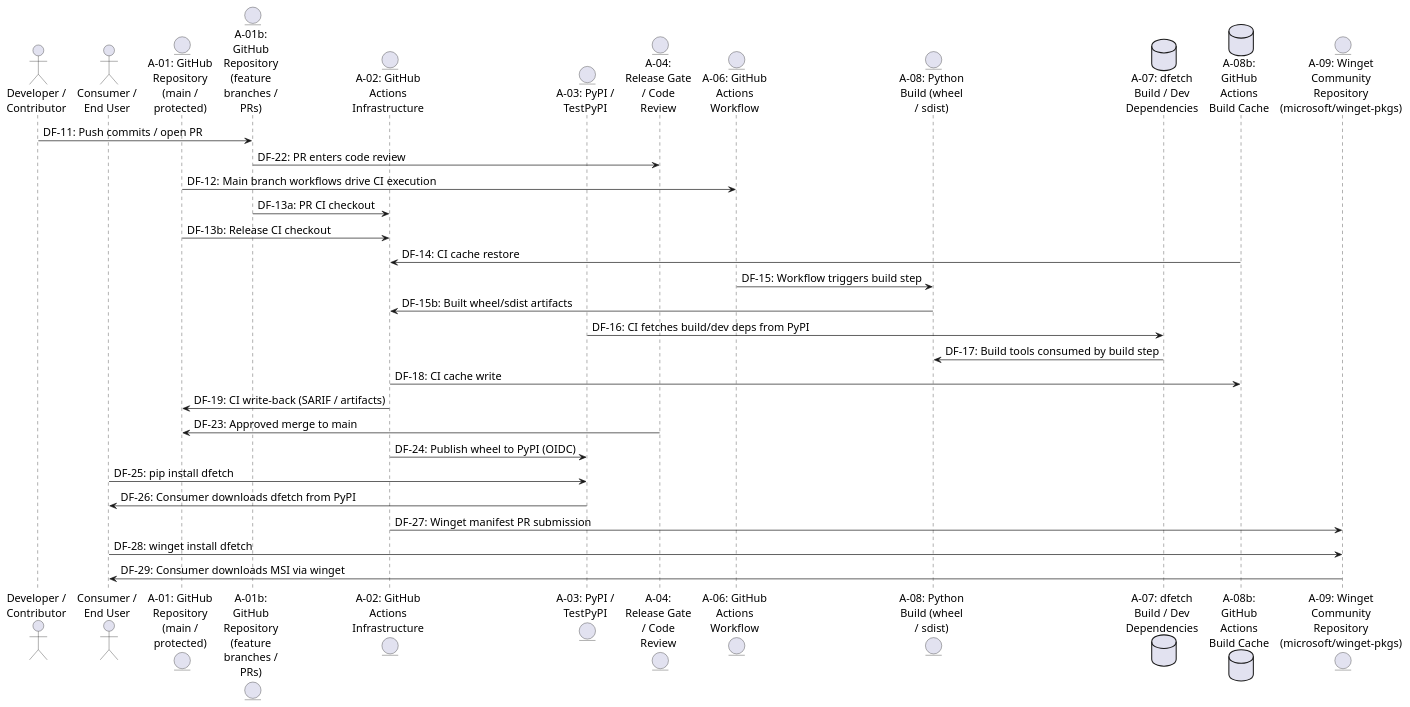
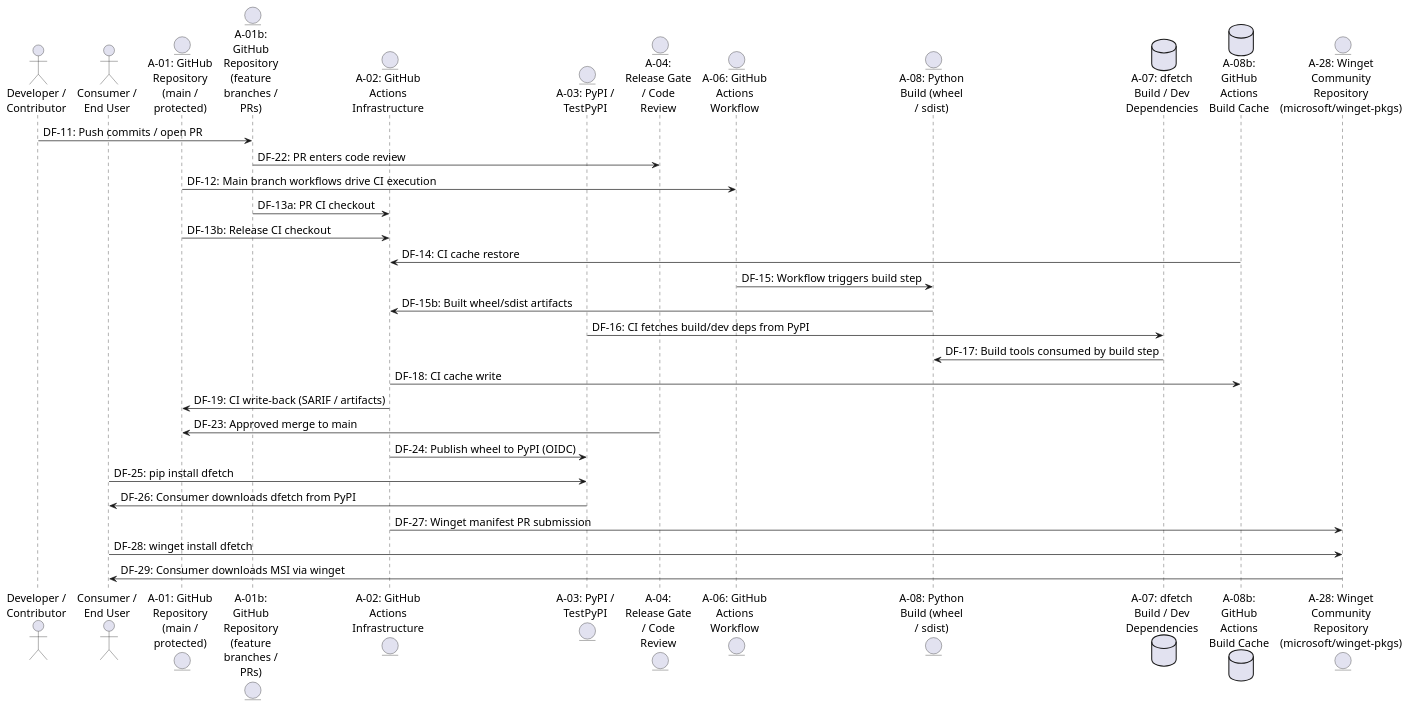
The second of 2 diagrams in doc/explanation/threat_model_supply_chain.rst (dfetch-org/dfetch), drawn with PlantUML before and after one commit. The commit also changed other lines of this file and 8 other files, not shown here.

```diff
--- a/doc/explanation/threat_model_supply_chain.rst
+++ b/doc/explanation/threat_model_supply_chain.rst
@@ -446,37 +446,37 @@
 .. uml::
 
    @startuml
    skinparam defaultFontSize 16
    actor actor_DeveloperContributor_d2006ce1bb as "Developer /\nContributor"
    actor actor_ConsumerEndUser_f8af758679 as "Consumer /\nEnd User"
    entity externalentity_AGitHubRepositorymainprotected_2c440ebe53 as "A-01: GitHub\nRepository\n(main /\nprotected)"
    entity externalentity_AbGitHubRepositoryfeaturebranchesPRs_0291419f72 as "A-01b:\nGitHub\nRepository\n(feature\nbranches /\nPRs)"
    entity externalentity_AGitHubActionsInfrastructure_c76a0a7067 as "A-02: GitHub\nActions\nInfrastructure"
    entity externalentity_APyPITestPyPI_c6f87088c2 as "A-03: PyPI /\nTestPyPI"
    entity process_AReleaseGateCodeReview_9345ab4c19 as "A-04:\nRelease Gate\n/ Code\nReview"
    entity process_AGitHubActionsWorkflow_86e4604564 as "A-06: GitHub\nActions\nWorkflow"
    entity process_APythonBuildwheelsdist_b2e5892d06 as "A-08: Python\nBuild (wheel\n/ sdist)"
    database datastore_AdfetchBuildDevDependencies_990b886585 as "A-07: dfetch\nBuild / Dev\nDependencies"
    database datastore_AbGitHubActionsBuildCache_9df04f8dae as "A-08b:\nGitHub\nActions\nBuild Cache"
-   entity externalentity_AWingetCommunityRepositorymicrosoftwingetpkgs_7113ed0f48 as "A-09: Winget\nCommunity\nRepository\n(microsoft/winget-pkgs)"
+   entity externalentity_AWingetCommunityRepositorymicrosoftwingetpkgs_7113ed0f48 as "A-28: Winget\nCommunity\nRepository\n(microsoft/winget-pkgs)"
 
    actor_DeveloperContributor_d2006ce1bb -> externalentity_AbGitHubRepositoryfeaturebranchesPRs_0291419f72: DF-11: Push commits / open PR
    externalentity_AbGitHubRepositoryfeaturebranchesPRs_0291419f72 -> process_AReleaseGateCodeReview_9345ab4c19: DF-22: PR enters code review
    externalentity_AGitHubRepositorymainprotected_2c440ebe53 -> process_AGitHubActionsWorkflow_86e4604564: DF-12: Main branch workflows drive CI execution
    externalentity_AbGitHubRepositoryfeaturebranchesPRs_0291419f72 -> externalentity_AGitHubActionsInfrastructure_c76a0a7067: DF-13a: PR CI checkout
    externalentity_AGitHubRepositorymainprotected_2c440ebe53 -> externalentity_AGitHubActionsInfrastructure_c76a0a7067: DF-13b: Release CI checkout
    datastore_AbGitHubActionsBuildCache_9df04f8dae -> externalentity_AGitHubActionsInfrastructure_c76a0a7067: DF-14: CI cache restore
    process_AGitHubActionsWorkflow_86e4604564 -> process_APythonBuildwheelsdist_b2e5892d06: DF-15: Workflow triggers build step
    process_APythonBuildwheelsdist_b2e5892d06 -> externalentity_AGitHubActionsInfrastructure_c76a0a7067: DF-15b: Built wheel/sdist artifacts
    externalentity_APyPITestPyPI_c6f87088c2 -> datastore_AdfetchBuildDevDependencies_990b886585: DF-16: CI fetches build/dev deps from PyPI
    datastore_AdfetchBuildDevDependencies_990b886585 -> process_APythonBuildwheelsdist_b2e5892d06: DF-17: Build tools consumed by build step
    externalentity_AGitHubActionsInfrastructure_c76a0a7067 -> datastore_AbGitHubActionsBuildCache_9df04f8dae: DF-18: CI cache write
    externalentity_AGitHubActionsInfrastructure_c76a0a7067 -> externalentity_AGitHubRepositorymainprotected_2c440ebe53: DF-19: CI write-back (SARIF / artifacts)
    process_AReleaseGateCodeReview_9345ab4c19 -> externalentity_AGitHubRepositorymainprotected_2c440ebe53: DF-23: Approved merge to main
    externalentity_AGitHubActionsInfrastructure_c76a0a7067 -> externalentity_APyPITestPyPI_c6f87088c2: DF-24: Publish wheel to PyPI (OIDC)
    actor_ConsumerEndUser_f8af758679 -> externalentity_APyPITestPyPI_c6f87088c2: DF-25: pip install dfetch
    externalentity_APyPITestPyPI_c6f87088c2 -> actor_ConsumerEndUser_f8af758679: DF-26: Consumer downloads dfetch from PyPI
    externalentity_AGitHubActionsInfrastructure_c76a0a7067 -> externalentity_AWingetCommunityRepositorymicrosoftwingetpkgs_7113ed0f48: DF-27: Winget manifest PR submission
    actor_ConsumerEndUser_f8af758679 -> externalentity_AWingetCommunityRepositorymicrosoftwingetpkgs_7113ed0f48: DF-28: winget install dfetch
    externalentity_AWingetCommunityRepositorymicrosoftwingetpkgs_7113ed0f48 -> actor_ConsumerEndUser_f8af758679: DF-29: Consumer downloads MSI via winget
    @enduml
```
